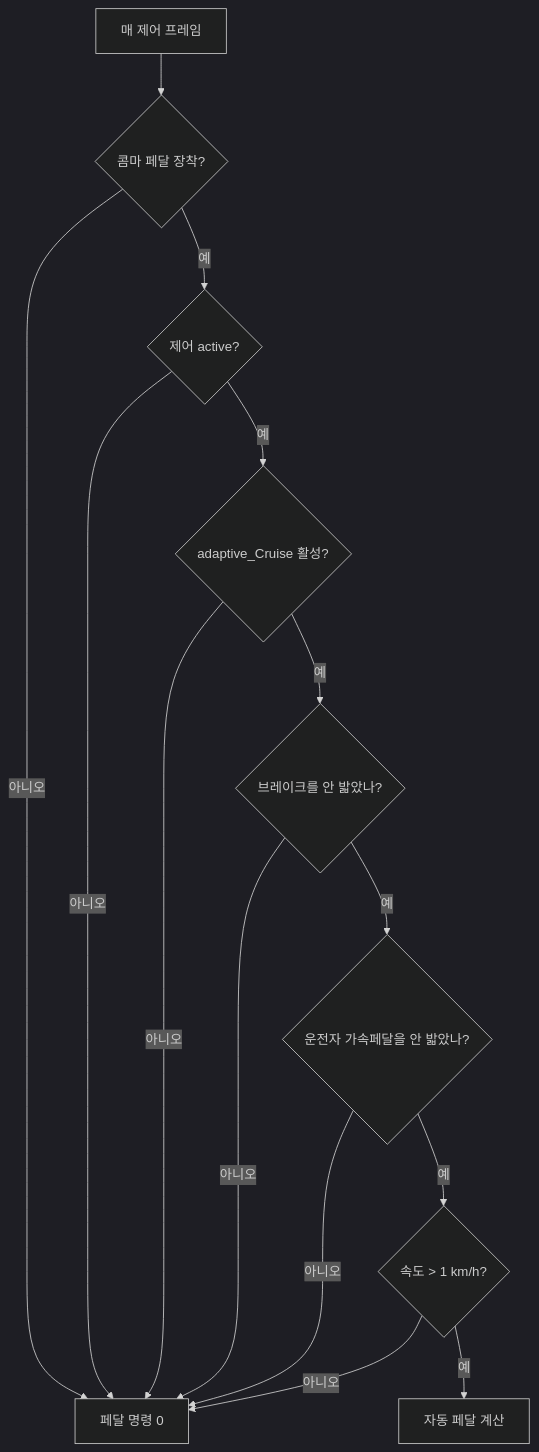
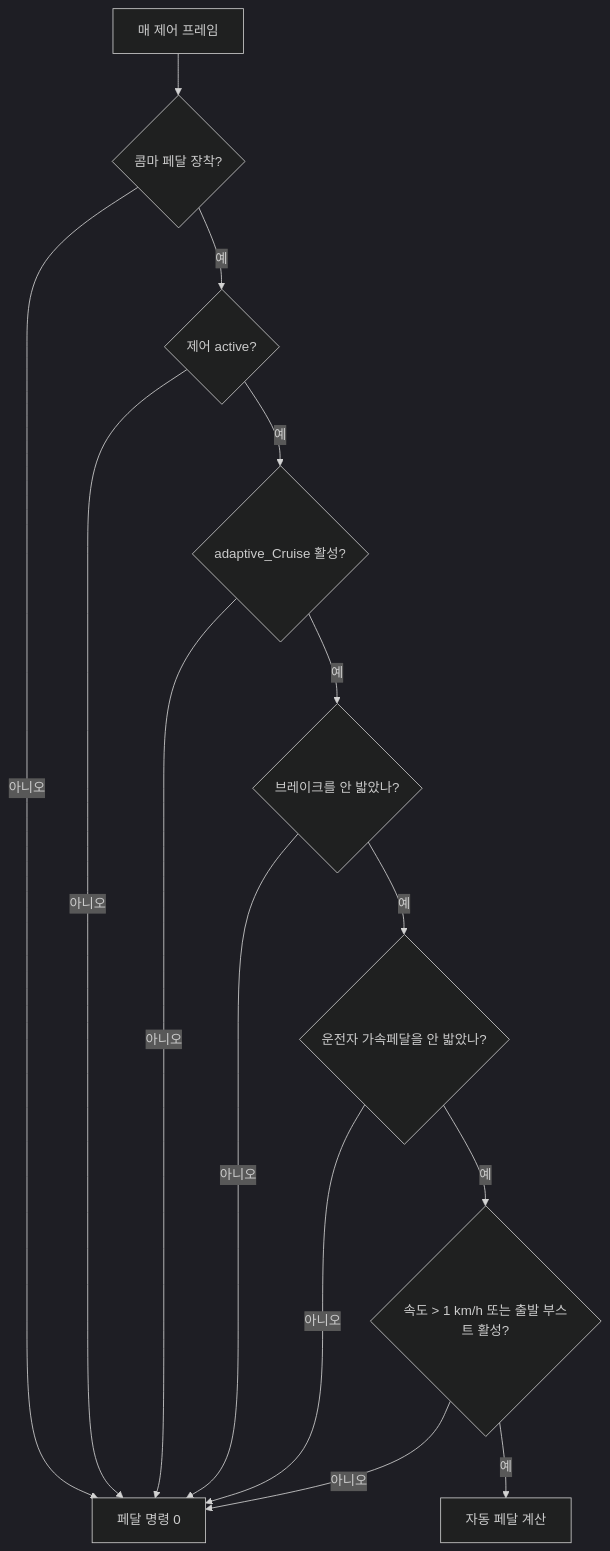
The seventh of 8 diagrams in docs/comma_pedal.md (parksunkyu81/equinox-0.8.14-origin), drawn with Mermaid (dark theme) before and after one commit. The commit also changed other lines of this file and 14 other files, not shown here.

````diff
--- a/docs/comma_pedal.md
+++ b/docs/comma_pedal.md
@@ -324,16 +393,16 @@
 ```mermaid
 flowchart TD
   S["매 제어 프레임"] --> A{"콤마 페달 장착?"}
   A -- "아니오" --> X["페달 명령 0"]
   A -- "예" --> B{"제어 active?"}
   B -- "아니오" --> X
   B -- "예" --> C{"adaptive_Cruise 활성?"}
   C -- "아니오" --> X
   C -- "예" --> D{"브레이크를 안 밟았나?"}
   D -- "아니오" --> X
   D -- "예" --> E{"운전자 가속페달을 안 밟았나?"}
   E -- "아니오" --> X
-  E -- "예" --> F{"속도 > 1 km/h?"}
+  E -- "예" --> F{"속도 > 1 km/h 또는 출발 부스트 활성?"}
   F -- "아니오" --> X
   F -- "예" --> P["자동 페달 계산"]
 ```
````
